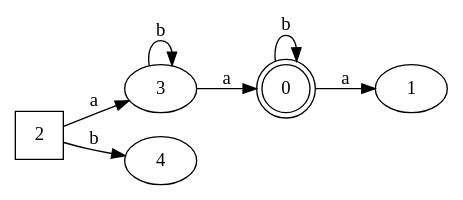
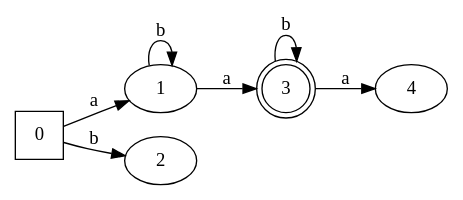
One commit to jav-ram/compis1 changed the diagram in graphs/afdd/a.b*.a.b*.dot. Above: the diagram before and after it, drawn with Graphviz. The commit also changed 46 other files, not shown here.

```diff
--- a/graphs/afdd/a.b*.a.b*.dot
+++ b/graphs/afdd/a.b*.a.b*.dot
@@ -1,15 +1,15 @@
 digraph G {
 	rankdir=LR;
-	0->0[ label=b ];
 	0->1[ label=a ];
-	2->3[ label=a ];
-	2->4[ label=b ];
-	3->0[ label=a ];
+	0->2[ label=b ];
+	1->3[ label=a ];
+	1->1[ label=b ];
 	3->3[ label=b ];
-	0 [ shape=doublecircle ];
+	3->4[ label=a ];
+	0 [ shape=square ];
 	1;
-	2 [ shape=square ];
-	3;
+	2;
+	3 [ shape=doublecircle ];
 	4;
 
 }
```
